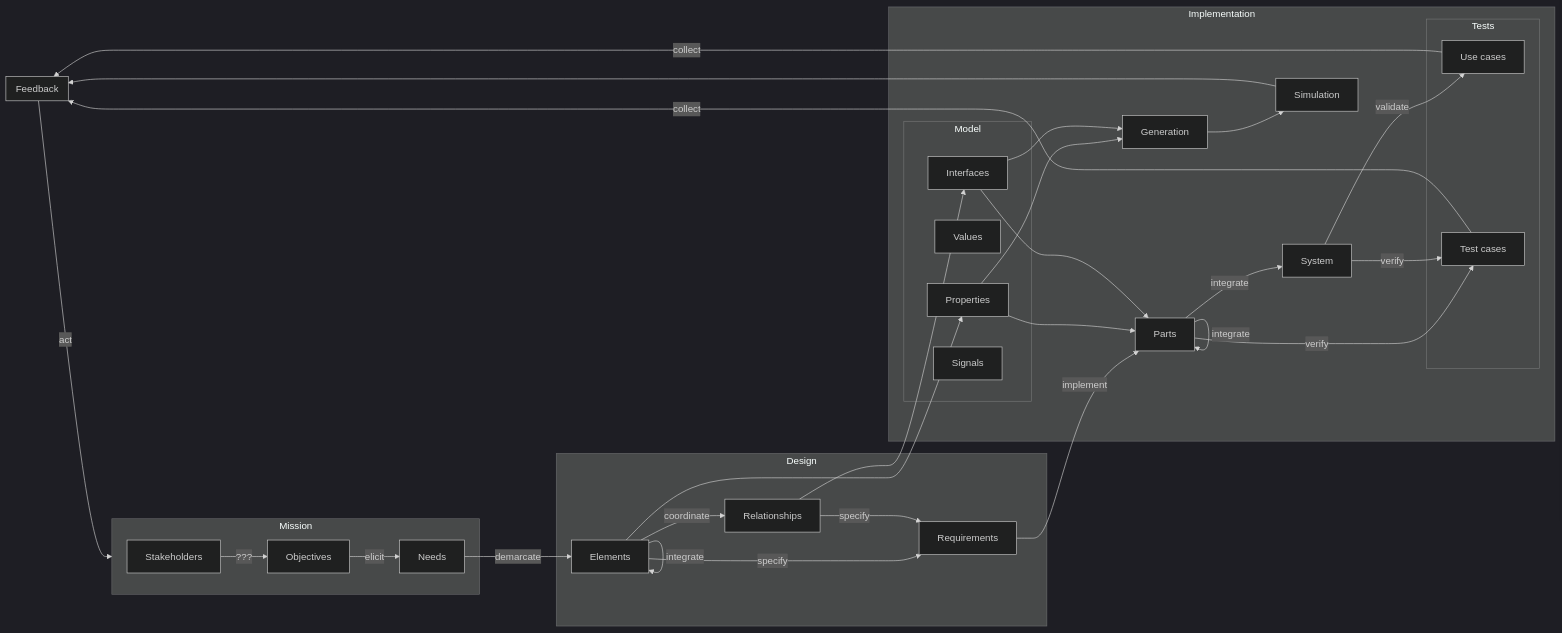
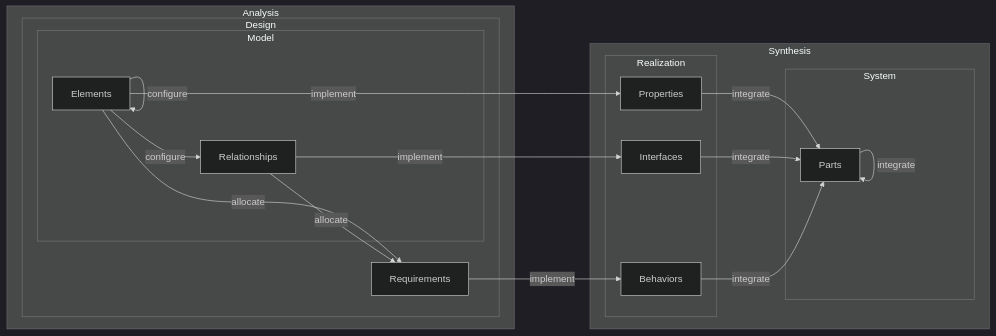
Before and after one commit to firstprinciplesthinking/paper_development_lifecycle: diagram 12 of 14 in README.md, drawn with Mermaid (dark theme). The commit also changed other lines of this file, not shown here.

Commit message:
Separated system thinking and system design.

````diff
--- a/README.md
+++ b/README.md
@@ -423,71 +442,39 @@
 ```mermaid
    flowchart LR
-      subgraph Design
-         Elements
-         Relationships
-         Requirements
+      subgraph Analysis
+         subgraph Design
+            subgraph Model
+               Elements
+               Relationships
+            end
+            Requirements
+         end
       end
 
+      subgraph Synthesis
+         subgraph Realization
+            Properties
+            Interfaces
+            Behaviors
+         end
 
-      subgraph Implementation
-         subgraph Model
-            Properties
-            Values
-            Interfaces
-            Signals
+         subgraph System
+            Parts["Parts"]
          end
-         subgraph Tests
-            UC["Use cases"]
-            TC["Test cases"]
-         end
-         System["System"]
-         Parts["Parts"]
-         Simulation
-         Generation
-      end
-   
-      subgraph Feedback
       end
 
-      subgraph Mission
-         Stakeholders
-         Objectives
-         Needs
-      end
+      Elements--allocate-->Requirements
+      Relationships--allocate-->Requirements
 
-      Feedback--"act"-->Mission
+      Elements--"configure"-->Relationships
+      Elements--"configure"-->Elements
 
-      Parts--"integrate"-->System
-      Parts--"integrate"-->Parts
-      System~~~Parts
+      Requirements--implement-->Behaviors
+      Elements--implement-->Properties
+      Relationships--implement-->Interfaces
 
-      Stakeholders--"???"-->Objectives
-      Objectives--"elicit"-->Needs
-
-      Elements--"specify"-->Requirements
-      Relationships--"specify"-->Requirements
-      Requirements--"implement"-->Parts
-
-      Needs--"demarcate"-->Elements
-      Elements--"coordinate"-->Relationships
-      Elements--"integrate"-->Elements
-
-      Parts--"verify"-->TC
-      System--"verify"-->TC
-      System--"validate"-->UC
-
-      TC--"collect"-->Feedback
-      UC--"collect"-->Feedback
-
-      Elements-->Properties
-      Relationships-->Interfaces
-
-      Properties-->Parts
-      Interfaces-->Parts
-
-      Properties-->Generation
-      Interfaces-->Generation
-
-      Generation-->Simulation
-      Simulation-->Feedback
+      Properties--integrate-->Parts
+      Interfaces--integrate-->Parts
+      Behaviors--integrate-->Parts
+      Parts--integrate-->Parts
 ```
````
